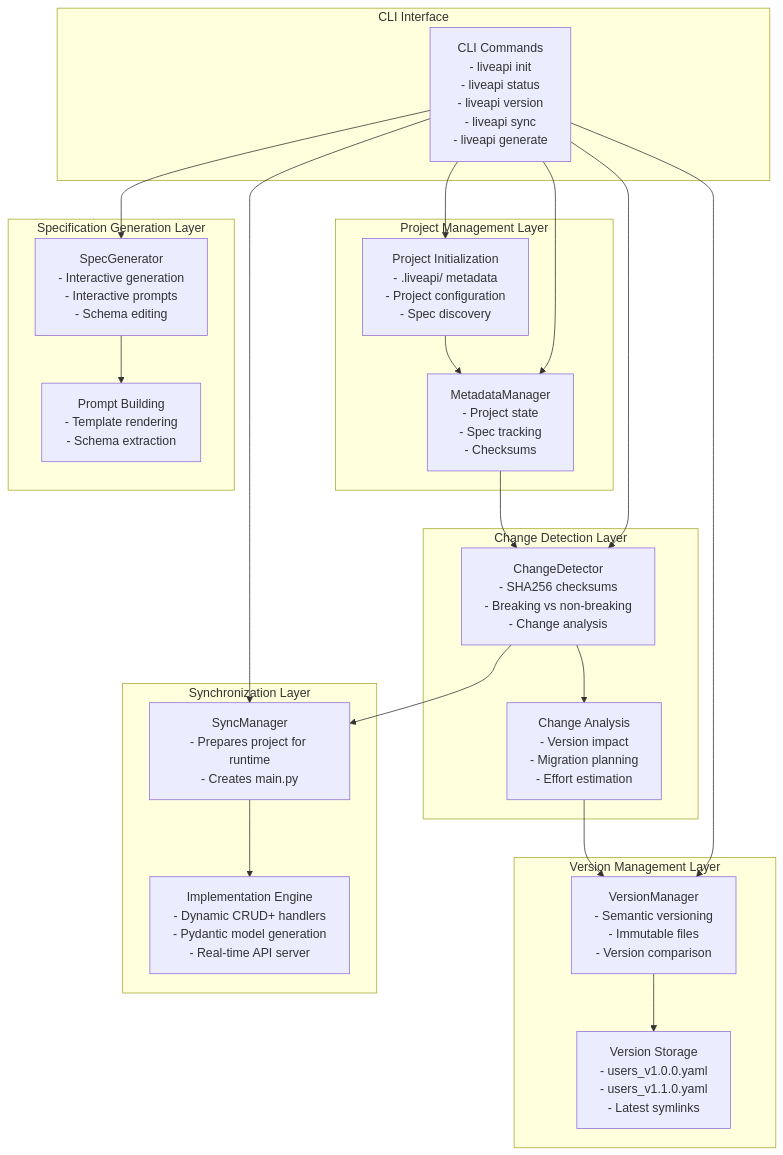
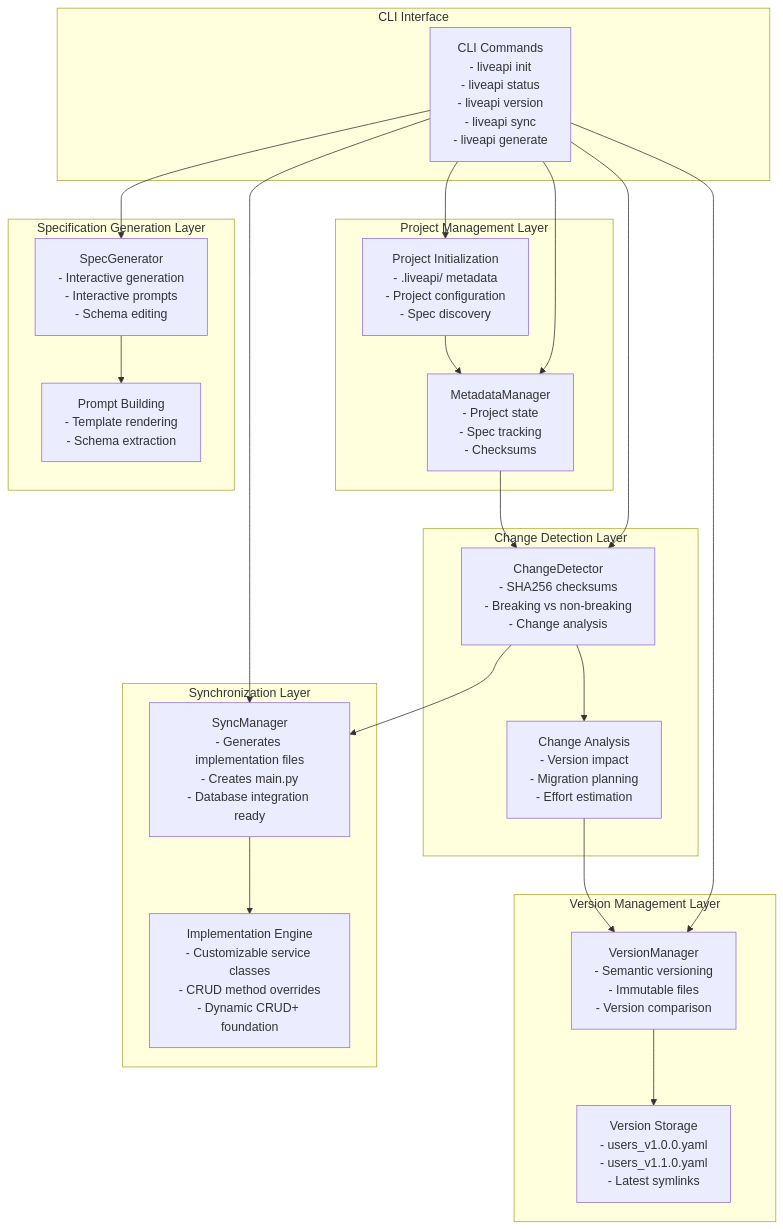
Before and after one commit to NationalGalleryOfArt/liveapi: the first of 3 diagrams in ARCHITECTURE.md, drawn with Mermaid. The commit also changed other lines of this file and 33 other files, not shown here.

````diff
--- a/ARCHITECTURE.md
+++ b/ARCHITECTURE.md
@@ -11,47 +11,47 @@
 ```mermaid
 graph TB
     subgraph "Project Management Layer"
         INIT[Project Initialization<br/>- .liveapi/ metadata<br/>- Project configuration<br/>- Spec discovery]
         META[MetadataManager<br/>- Project state<br/>- Spec tracking<br/>- Checksums]
     end
     
     subgraph "Change Detection Layer"
         DETECTOR[ChangeDetector<br/>- SHA256 checksums<br/>- Breaking vs non-breaking<br/>- Change analysis]
         ANALYZER[Change Analysis<br/>- Version impact<br/>- Migration planning<br/>- Effort estimation]
     end
     
     subgraph "Version Management Layer"
         VMANAGER[VersionManager<br/>- Semantic versioning<br/>- Immutable files<br/>- Version comparison]
         VERSIONS[Version Storage<br/>- users_v1.0.0.yaml<br/>- users_v1.1.0.yaml<br/>- Latest symlinks]
     end
     
     subgraph "Synchronization Layer"
-        SYNC[SyncManager<br/>- Prepares project for runtime<br/>- Creates main.py]
-        IMPLEMENTATION[Implementation Engine<br/>- Dynamic CRUD+ handlers<br/>- Pydantic model generation<br/>- Real-time API server]
+        SYNC[SyncManager<br/>- Generates implementation files<br/>- Creates main.py<br/>- Database integration ready]
+        IMPLEMENTATION[Implementation Engine<br/>- Customizable service classes<br/>- CRUD method overrides<br/>- Dynamic CRUD+ foundation]
     end
     
     subgraph "Specification Generation Layer"
         GENERATOR[SpecGenerator<br/>- Interactive generation<br/>- Interactive prompts<br/>- Schema editing]
         PROMPT[Prompt Building<br/>- Template rendering<br/>- Schema extraction]
     end
     
     subgraph "CLI Interface"
         CLI[CLI Commands<br/>- liveapi init<br/>- liveapi status<br/>- liveapi version<br/>- liveapi sync<br/>- liveapi generate]
     end
     
     CLI --> INIT
     CLI --> META
     CLI --> DETECTOR
     CLI --> VMANAGER
     CLI --> SYNC
     CLI --> GENERATOR
     
     INIT --> META
     META --> DETECTOR
     DETECTOR --> ANALYZER
     ANALYZER --> VMANAGER
     VMANAGER --> VERSIONS
     DETECTOR --> SYNC
     SYNC --> IMPLEMENTATION
     GENERATOR --> PROMPT
 ```
````
